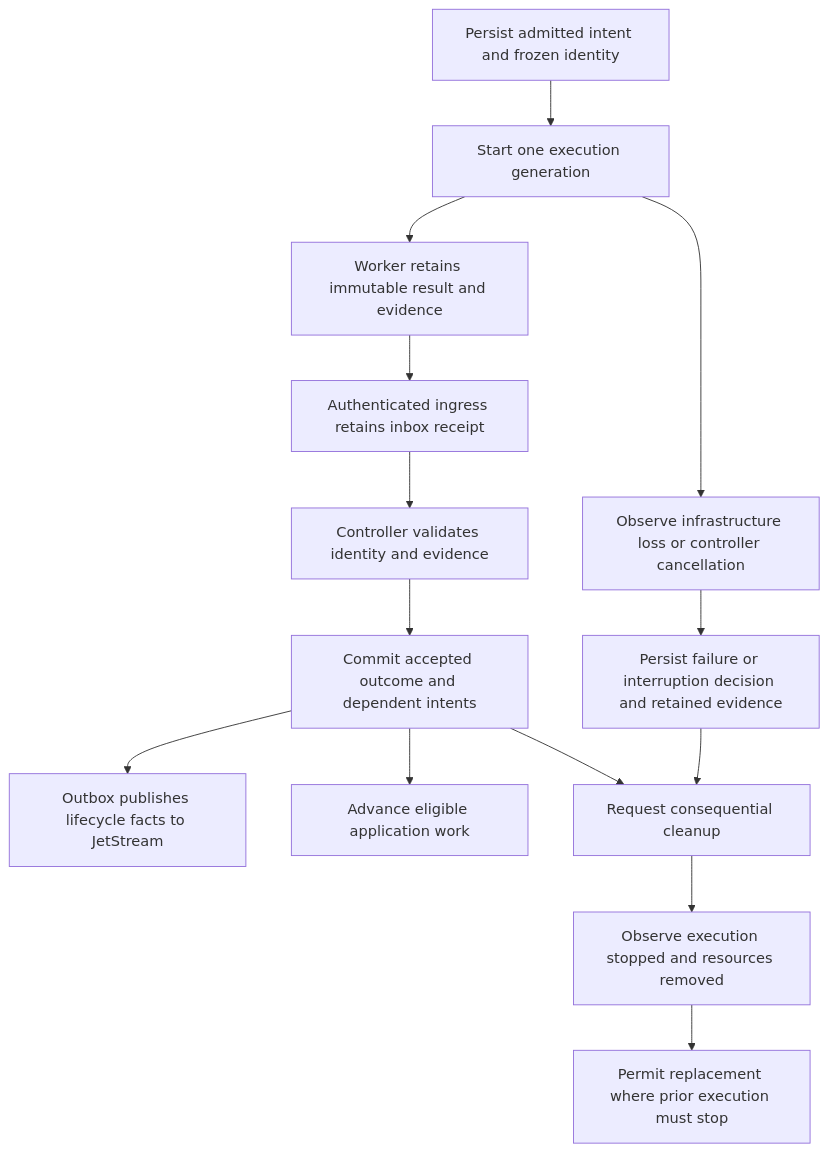
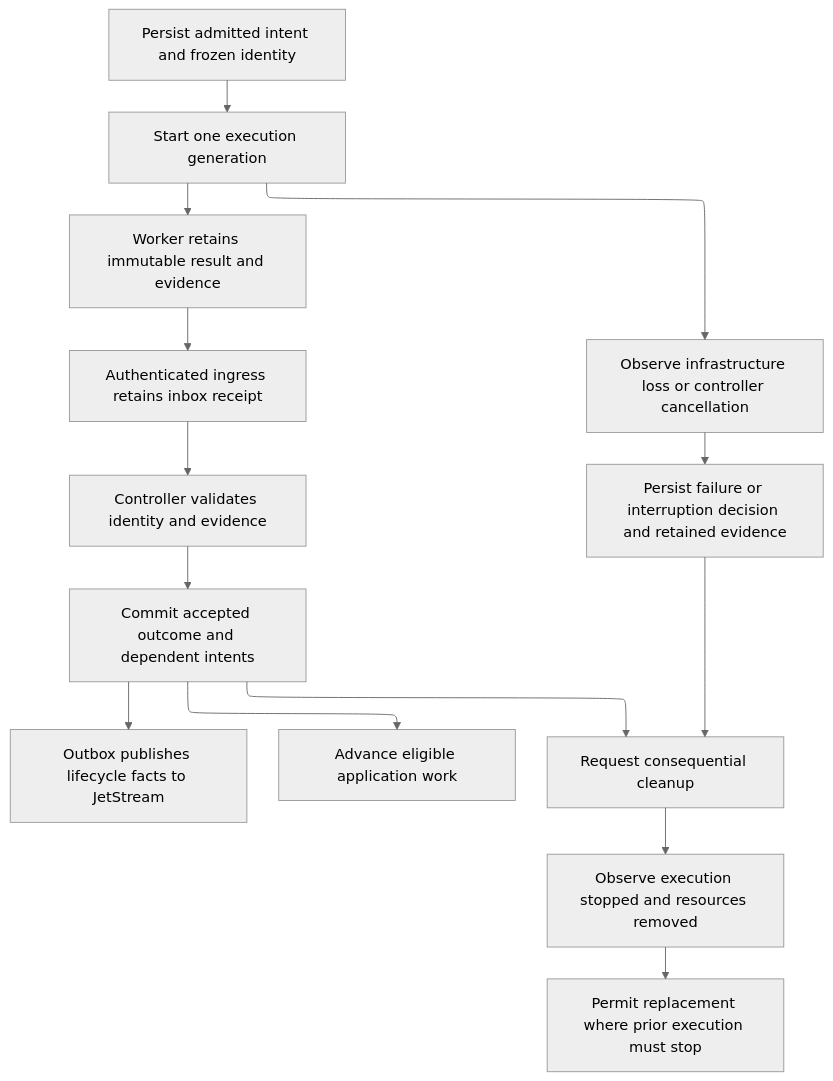
Before and after one commit to ayni-oss/orchestrator: the diagram in docs/technical/history/event-platform/control-plane-events.md, drawn with Mermaid. The commit also changed 19 other files, not shown here.

First line of the commit message:
docs: standardize Mermaid styling and fit diagram labels

````diff
--- a/docs/technical/history/event-platform/control-plane-events.md
+++ b/docs/technical/history/event-platform/control-plane-events.md
@@ -47,16 +47,22 @@
 ```mermaid
+---
+config:
+  theme: neutral
+  look: classic
+  layout: elk
+---
 flowchart TD
     I["Persist admitted intent and frozen identity"] --> E["Start one execution generation"]
     E --> W["Worker retains immutable result and evidence"]
     W --> P["Authenticated ingress retains inbox receipt"]
     P --> V["Controller validates identity and evidence"]
     V --> A["Commit accepted outcome and dependent intents"]
     A --> O["Outbox publishes lifecycle facts to JetStream"]
     A --> N["Advance eligible application work"]
     A --> C["Request consequential cleanup"]
     C --> K["Observe execution stopped and resources removed"]
     E --> F["Observe infrastructure loss or controller cancellation"]
     F --> R["Persist failure or interruption decision and retained evidence"]
     R --> C
     K --> X["Permit replacement where prior execution must stop"]
 ```
````
